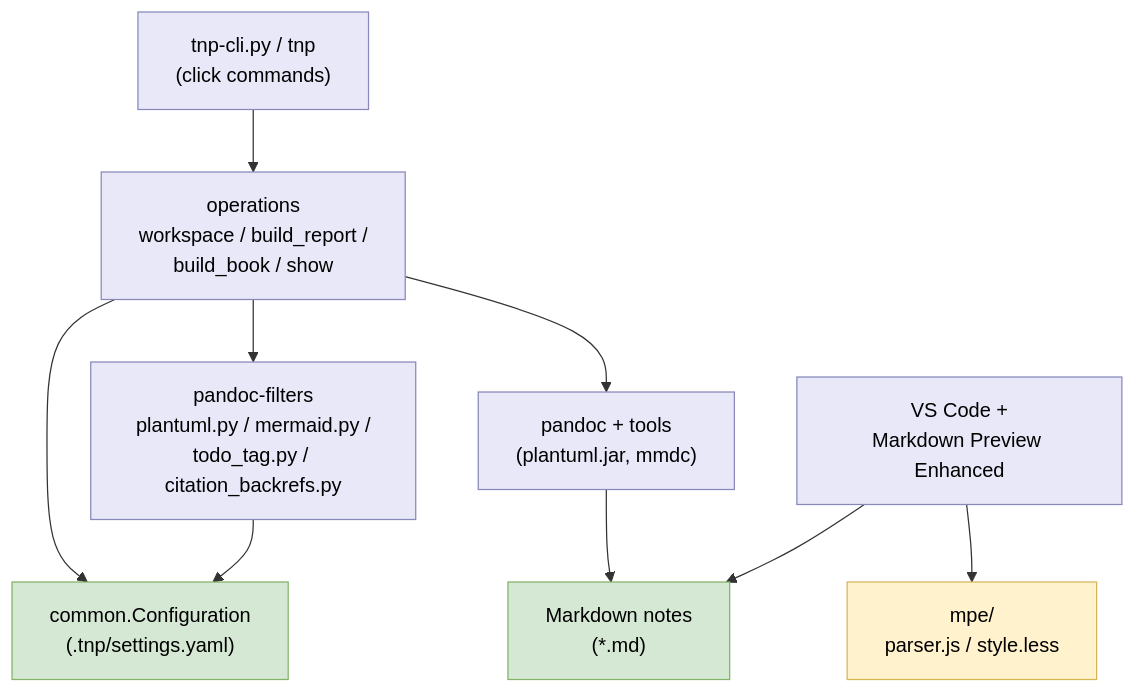
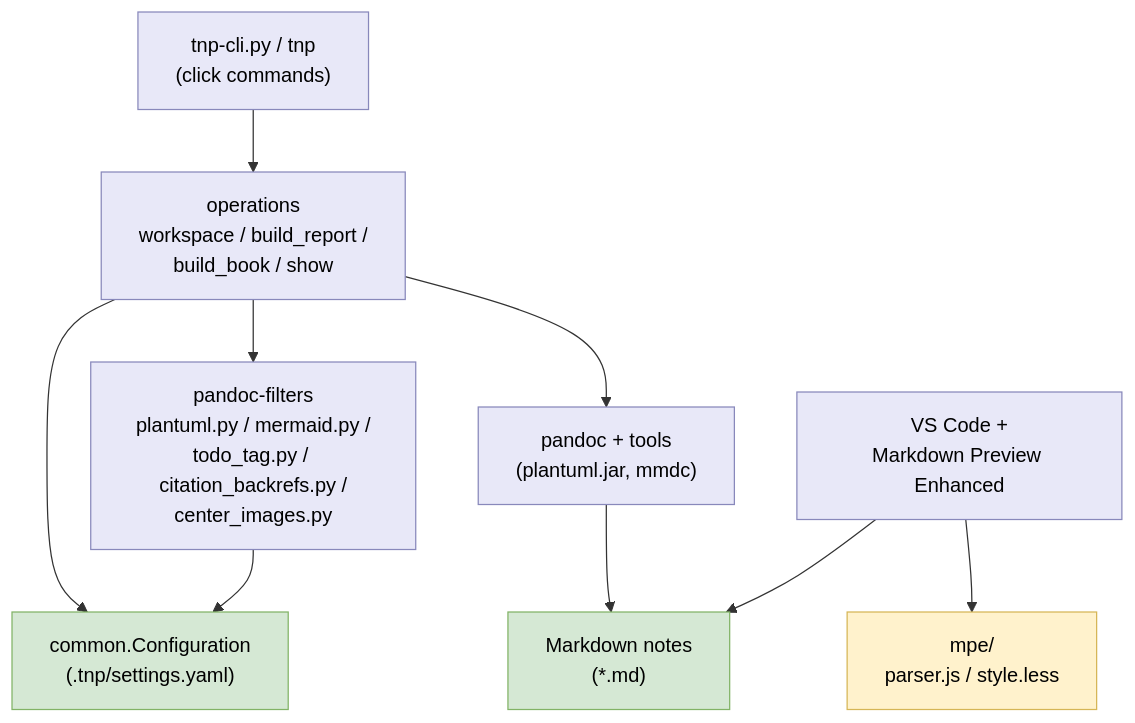
Before and after one commit to dgerod/tnp: the first of 10 diagrams in docs/design.md, drawn with Mermaid. The commit also changed other lines of this file and 14 other files, not shown here.

First line of the commit message:
feat: limit the on-screen height of images and center them

````diff
--- a/docs/design.md
+++ b/docs/design.md
@@ -25,24 +25,24 @@
 ```mermaid
 flowchart TB
     CLI["tnp-cli.py / tnp<br>(click commands)"]
     OPS["operations<br>workspace / build_report /<br>build_book / show"]
-    FIL["pandoc-filters<br>plantuml.py / mermaid.py /<br>todo_tag.py / citation_backrefs.py"]
+    FIL["pandoc-filters<br>plantuml.py / mermaid.py /<br>todo_tag.py / citation_backrefs.py /<br>center_images.py"]
     PAN["pandoc + tools<br>(plantuml.jar, mmdc)"]
     CFG["common.Configuration<br>(.tnp/settings.yaml)"]
     VSC["VS Code +<br>Markdown Preview Enhanced"]
     MD["Markdown notes<br>(*.md)"]
     MPE["mpe/<br>parser.js / style.less"]
     CLI --> OPS
     OPS --> FIL
     OPS --> PAN
     OPS --> CFG
     FIL --> CFG
     PAN --> MD
     VSC --> MD
     VSC --> MPE
     class CFG,MD green
     class MPE yellow
     classDef default fill:#E8E8F8,stroke:#8888BB,color:#000
     classDef green fill:#D5E8D4,stroke:#82B366,color:#000
     classDef yellow fill:#FFF2CC,stroke:#D6B656,color:#000
 ```
````
